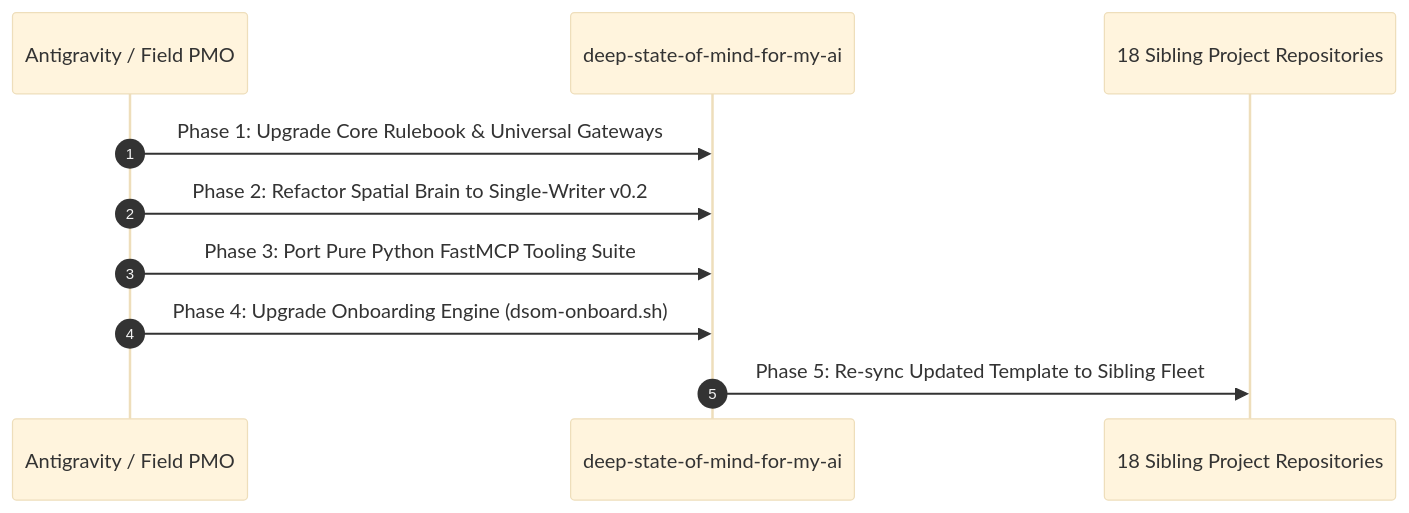
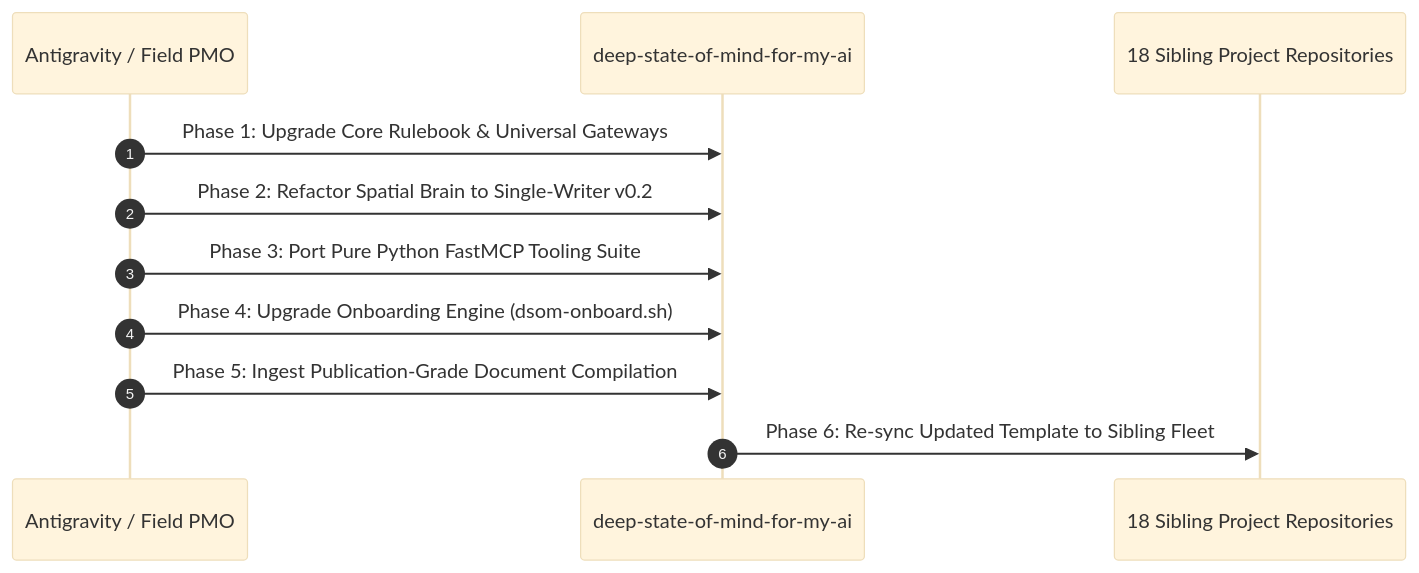
The second of 2 diagrams in docs/governance/DSOM-PROTOCOL-EVOLUTION-AND-UPSTREAM-HARMONISATION-SPECIFICATION.md (linuxmalaysia/deep-state-of-mind-for-my-ai), drawn with Mermaid (base theme) before and after one commit. The commit also changed other lines of this file and 9 other files, not shown here.

````diff
--- a/docs/governance/DSOM-PROTOCOL-EVOLUTION-AND-UPSTREAM-HARMONISATION-SPECIFICATION.md
+++ b/docs/governance/DSOM-PROTOCOL-EVOLUTION-AND-UPSTREAM-HARMONISATION-SPECIFICATION.md
@@ -120,13 +121,14 @@
 ```mermaid
 sequenceDiagram
     autonumber
     participant AGY as Antigravity / Field PMO
     participant UPSTREAM as deep-state-of-mind-for-my-ai
     participant SIBLINGS as 18 Sibling Project Repositories
 
     AGY->>UPSTREAM: Phase 1: Upgrade Core Rulebook & Universal Gateways
     AGY->>UPSTREAM: Phase 2: Refactor Spatial Brain to Single-Writer v0.2
     AGY->>UPSTREAM: Phase 3: Port Pure Python FastMCP Tooling Suite
     AGY->>UPSTREAM: Phase 4: Upgrade Onboarding Engine (dsom-onboard.sh)
-    UPSTREAM->>SIBLINGS: Phase 5: Re-sync Updated Template to Sibling Fleet
+    AGY->>UPSTREAM: Phase 5: Ingest Publication-Grade Document Compilation
+    UPSTREAM->>SIBLINGS: Phase 6: Re-sync Updated Template to Sibling Fleet
 ```
````
